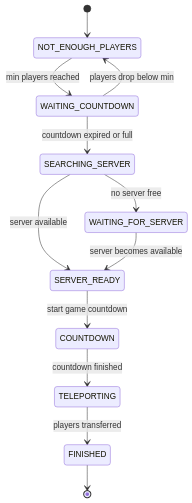
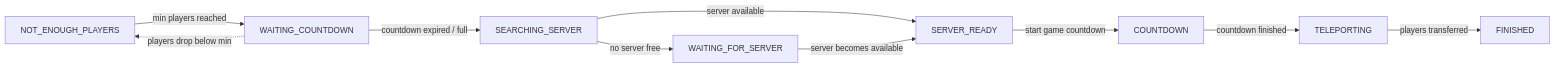
The diagram in README.md (mythicisland/queue), drawn with Mermaid before and after one commit.

Commit message:
chore: change render engine in readme

````diff
--- a/README.md
+++ b/README.md
@@ -9,16 +9,12 @@
 ```mermaid
-stateDiagram-v2
-    [*] --> NOT_ENOUGH_PLAYERS
-
-    NOT_ENOUGH_PLAYERS --> WAITING_COUNTDOWN : min players reached
-    WAITING_COUNTDOWN --> NOT_ENOUGH_PLAYERS : players drop below min
-    WAITING_COUNTDOWN --> SEARCHING_SERVER : countdown expired or full
-    SEARCHING_SERVER --> SERVER_READY : server available
-    SEARCHING_SERVER --> WAITING_FOR_SERVER : no server free
-    WAITING_FOR_SERVER --> SERVER_READY : server becomes available
-    SERVER_READY --> COUNTDOWN : start game countdown
-    COUNTDOWN --> TELEPORTING : countdown finished
-    TELEPORTING --> FINISHED : players transferred
-
-    FINISHED --> [*]
+flowchart LR
+    NEP[NOT_ENOUGH_PLAYERS] -->|min players reached| WC[WAITING_COUNTDOWN]
+    WC -.->|players drop below min| NEP
+    WC -->|countdown expired / full| SS[SEARCHING_SERVER]
+    SS -->|server available| SR[SERVER_READY]
+    SS -->|no server free| WFS[WAITING_FOR_SERVER]
+    WFS -->|server becomes available| SR
+    SR -->|start game countdown| CD[COUNTDOWN]
+    CD -->|countdown finished| TP[TELEPORTING]
+    TP -->|players transferred| FIN[FINISHED]
 ```
````
